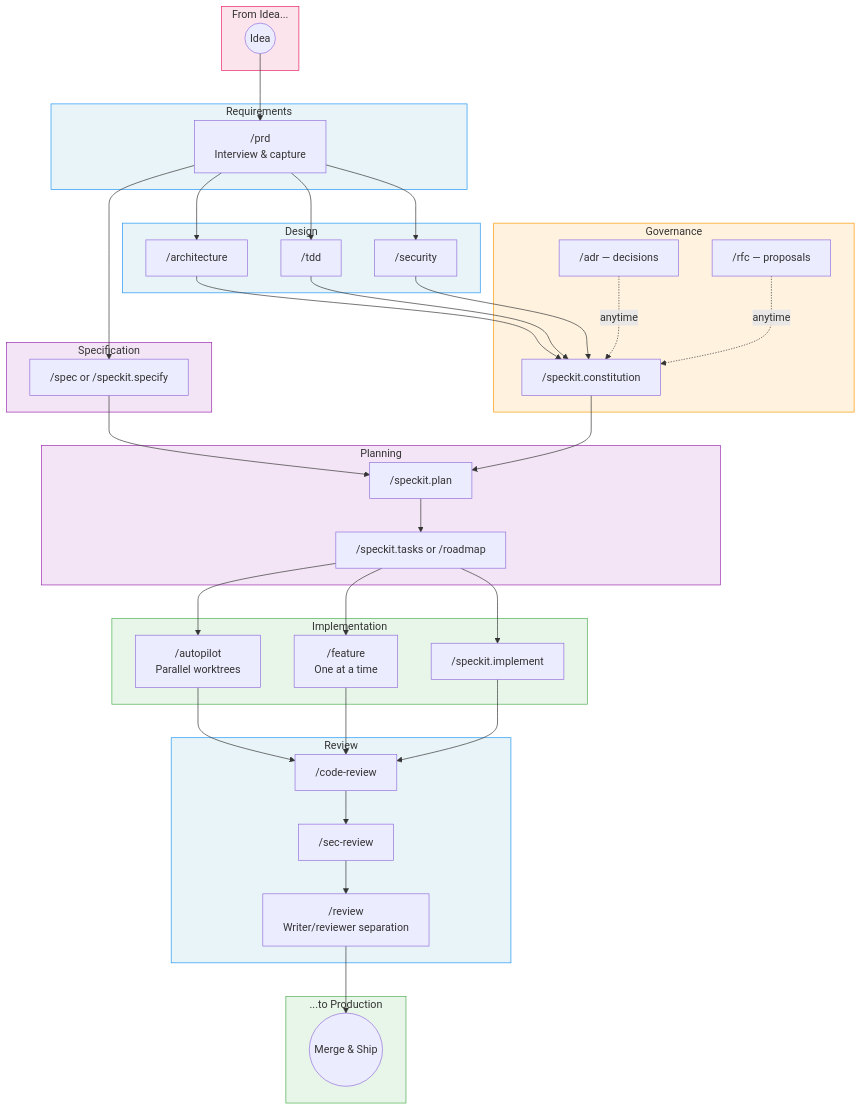
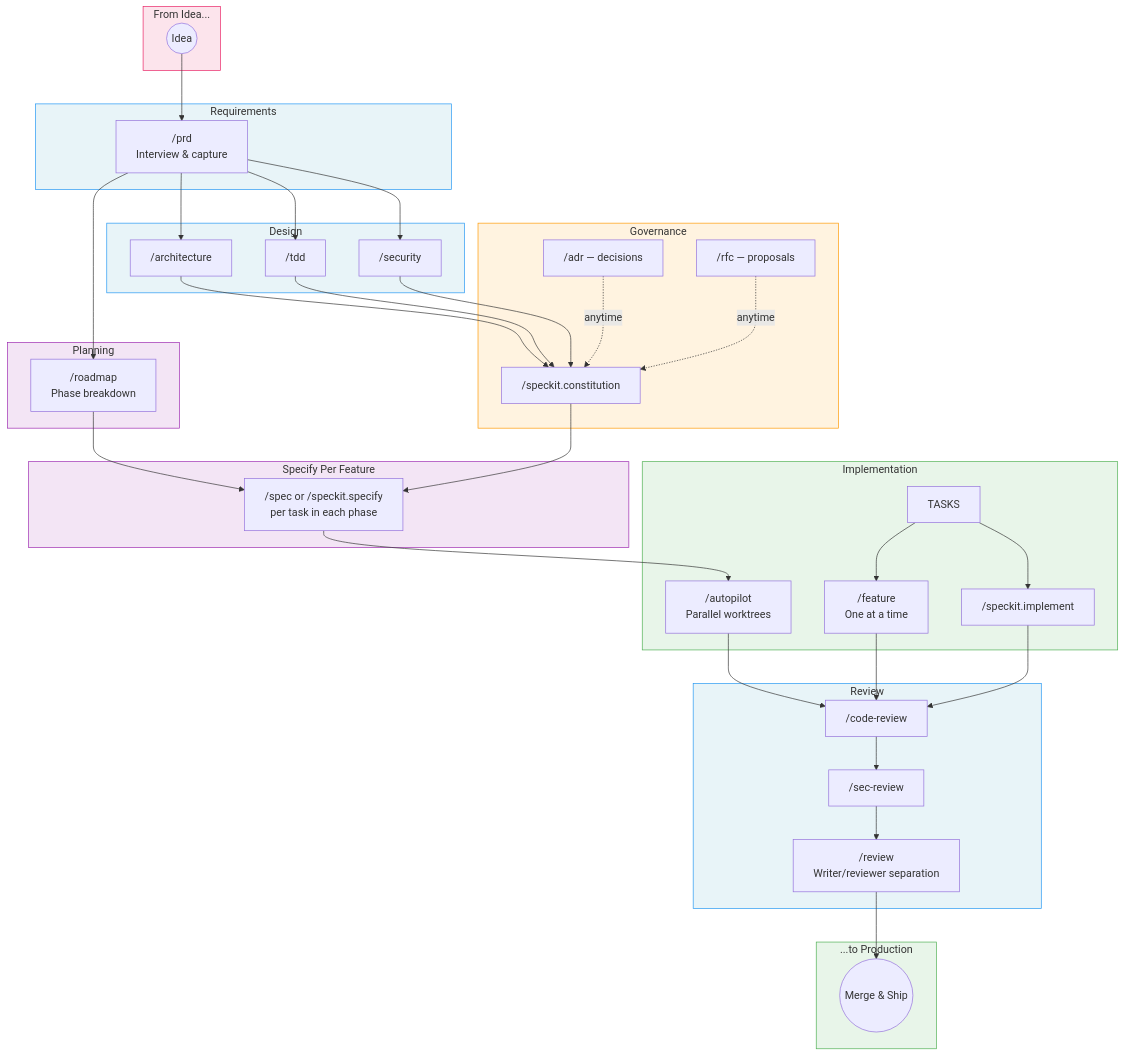
The fifth of 5 diagrams in docs/speckit-integration.md (0xrafasec/ai-workflow), drawn with Mermaid before and after one commit. The commit also changed other lines of this file and 4 other files, not shown here.

First line of the commit message:
docs: fix TDD descriptions and add roadmap-specify integration flow

````diff
--- a/docs/speckit-integration.md
+++ b/docs/speckit-integration.md
@@ -269,62 +346,61 @@
 ```mermaid
 graph TB
     subgraph Idea ["From Idea..."]
         I((Idea))
     end
 
     subgraph Requirements ["Requirements"]
         I --> PRD["/prd<br/>Interview & capture"]
     end
 
     subgraph Design ["Design"]
         PRD --> ARCH["/architecture"]
         PRD --> TDD["/tdd"]
         PRD --> SEC["/security"]
     end
 
     subgraph Governance ["Governance"]
         ARCH --> CONST["/speckit.constitution"]
         TDD --> CONST
         SEC --> CONST
         ADR["/adr — decisions"] -.->|"anytime"| CONST
         RFC["/rfc — proposals"] -.->|"anytime"| CONST
     end
 
-    subgraph Specification ["Specification"]
-        PRD --> SPEC["/spec or /speckit.specify"]
+    subgraph Planning ["Planning"]
+        PRD --> ROAD["/roadmap<br/>Phase breakdown"]
     end
 
-    subgraph Planning ["Planning"]
-        SPEC --> PLAN["/speckit.plan"]
-        CONST --> PLAN
-        PLAN --> TASKS["/speckit.tasks or /roadmap"]
+    subgraph Specification ["Specify Per Feature"]
+        ROAD --> SPEC["/spec or /speckit.specify<br/>per task in each phase"]
+        CONST --> SPEC
     end
 
     subgraph Implementation ["Implementation"]
-        TASKS --> AUTO["/autopilot<br/>Parallel worktrees"]
+        SPEC --> AUTO["/autopilot<br/>Parallel worktrees"]
         TASKS --> FEAT["/feature<br/>One at a time"]
         TASKS --> IMPL["/speckit.implement"]
     end
 
     subgraph Review ["Review"]
         AUTO --> CR["/code-review"]
         FEAT --> CR
         IMPL --> CR
         CR --> SR["/sec-review"]
         SR --> REV["/review<br/>Writer/reviewer separation"]
     end
 
     subgraph Ship ["...to Production"]
         REV --> MERGE((Merge & Ship))
     end
 
     style Idea fill:#fce4ec,stroke:#E91E63
     style Requirements fill:#e8f4f8,stroke:#2196F3
     style Design fill:#e8f4f8,stroke:#2196F3
     style Governance fill:#fff3e0,stroke:#FF9800
     style Specification fill:#f3e5f5,stroke:#9C27B0
     style Planning fill:#f3e5f5,stroke:#9C27B0
     style Implementation fill:#e8f5e9,stroke:#4CAF50
     style Review fill:#e8f4f8,stroke:#2196F3
     style Ship fill:#e8f5e9,stroke:#4CAF50
 ```
````
